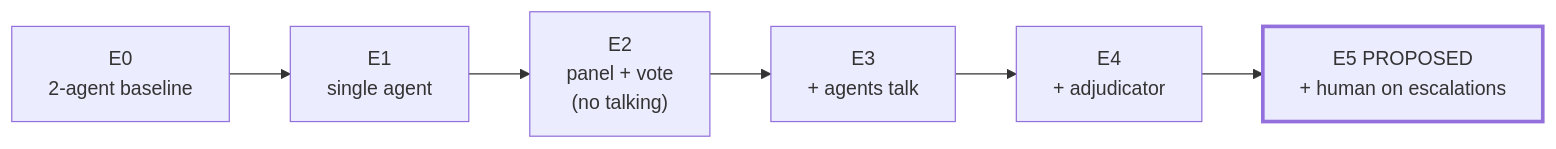
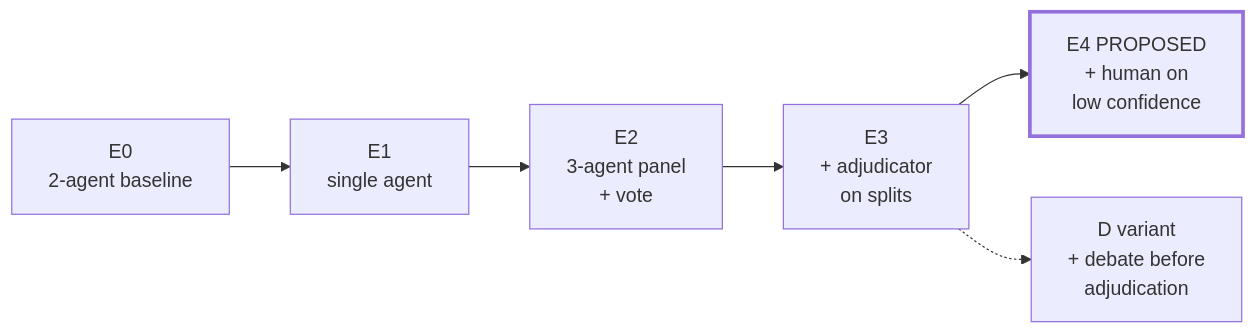
Before and after one commit to iUtsa/adrd-multiagent-review: the fourth of 4 diagrams in docs/ARCHITECTURE.md, drawn with Mermaid. The commit also changed other lines of this file and 6 other files, not shown here.

````diff
--- a/docs/ARCHITECTURE.md
+++ b/docs/ARCHITECTURE.md
@@ -302,5 +297,6 @@
 ```mermaid
 flowchart LR
-    E0["E0<br/>2-agent baseline"] --> E1["E1<br/>single agent"] --> E2["E2<br/>panel + vote<br/>(no talking)"] --> E3["E3<br/>+ agents talk"] --> E4["E4<br/>+ adjudicator"] --> E5["E5 PROPOSED<br/>+ human on escalations"]
-    style E5 stroke-width:3px
+    E0["E0<br/>2-agent baseline"] --> E1["E1<br/>single agent"] --> E2["E2<br/>3-agent panel<br/>+ vote"] --> E3["E3<br/>+ adjudicator<br/>on splits"] --> E4["E4 PROPOSED<br/>+ human on<br/>low confidence"]
+    E3 -.-> D["D variant<br/>+ debate before<br/>adjudication"]
+    style E4 stroke-width:3px
 ```
````
